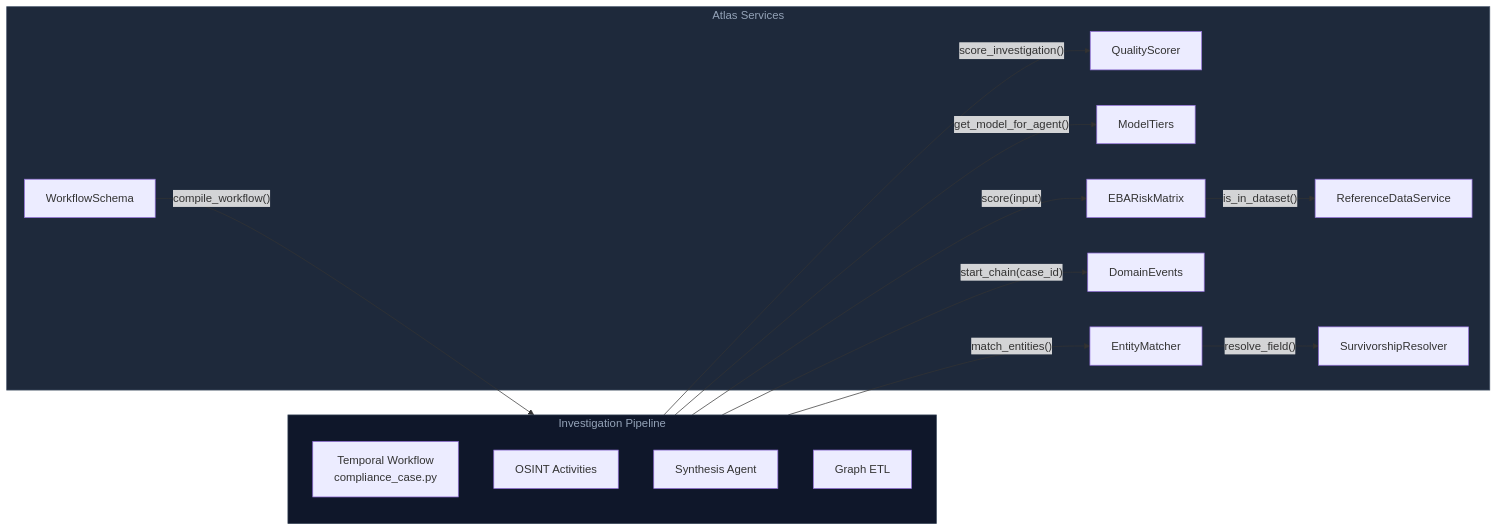
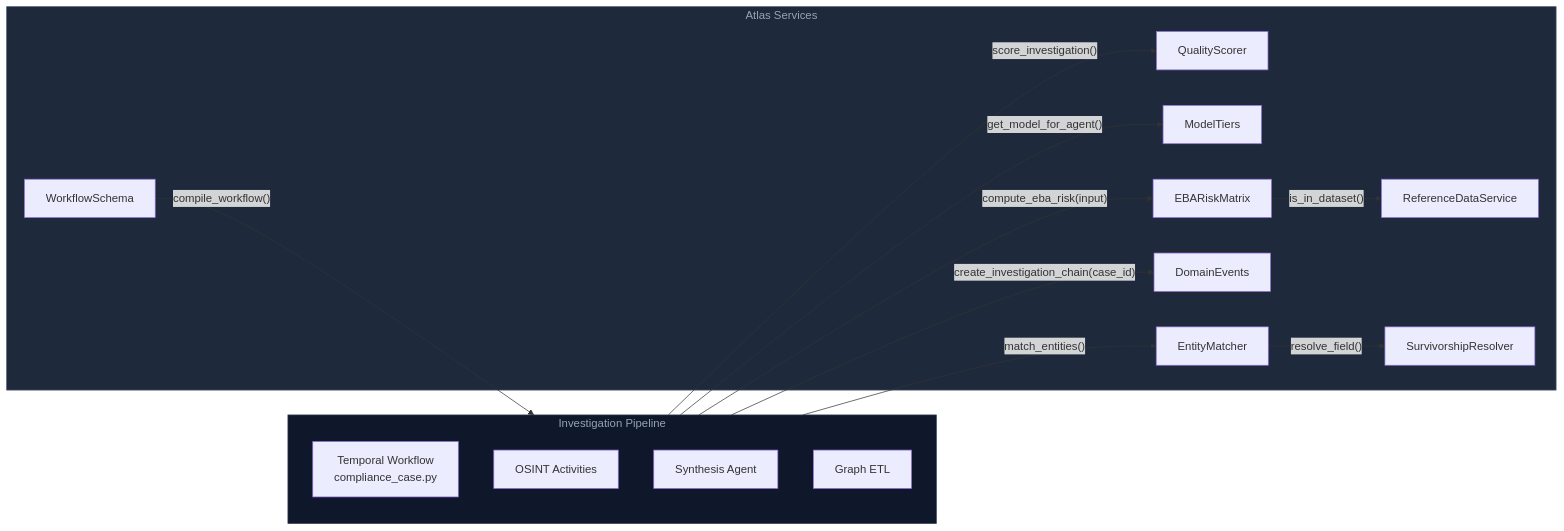
Before and after one commit to Tsunami-max/trust-relay-docs: the second of 2 diagrams in docs/architecture/atlas-adoption.md, drawn with Mermaid. The commit also changed other lines of this file and 177 other files, not shown here.

````diff
--- a/docs/architecture/atlas-adoption.md
+++ b/docs/architecture/atlas-adoption.md
@@ -435,33 +441,33 @@
 ```mermaid
 flowchart LR
     subgraph Pipeline["Investigation Pipeline"]
         direction TB
         T1["Temporal Workflow<br/>compliance_case.py"]
         A1["OSINT Activities"]
         A2["Synthesis Agent"]
         A3["Graph ETL"]
     end
 
     subgraph Atlas["Atlas Services"]
         RDS["ReferenceDataService"]
         QS["QualityScorer"]
         MT["ModelTiers"]
         EBA["EBARiskMatrix"]
         DE["DomainEvents"]
         EM["EntityMatcher"]
         SR["SurvivorshipResolver"]
         WS["WorkflowSchema"]
     end
 
-    T1 -->|"start_chain(case_id)"| DE
+    T1 -->|"create_investigation_chain(case_id)"| DE
     A1 -->|"get_model_for_agent()"| MT
     A2 -->|"score_investigation()"| QS
-    A2 -->|"score(input)"| EBA
+    A2 -->|"compute_eba_risk(input)"| EBA
     EBA -->|"is_in_dataset()"| RDS
     A3 -->|"match_entities()"| EM
     EM -->|"resolve_field()"| SR
     WS -->|"compile_workflow()"| T1
 
     style Atlas fill:#1e293b,stroke:#475569,color:#94a3b8
     style Pipeline fill:#0f172a,stroke:#334155,color:#94a3b8
 ```
````
